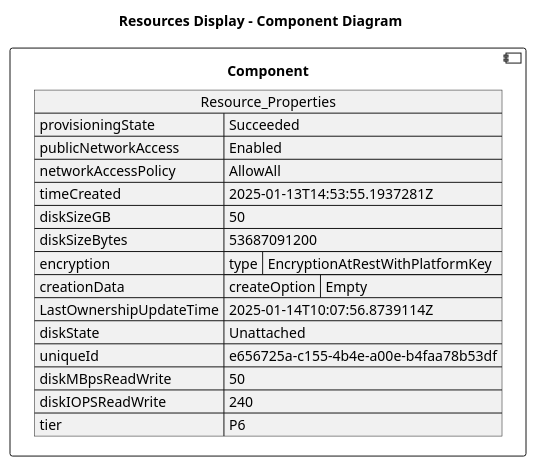
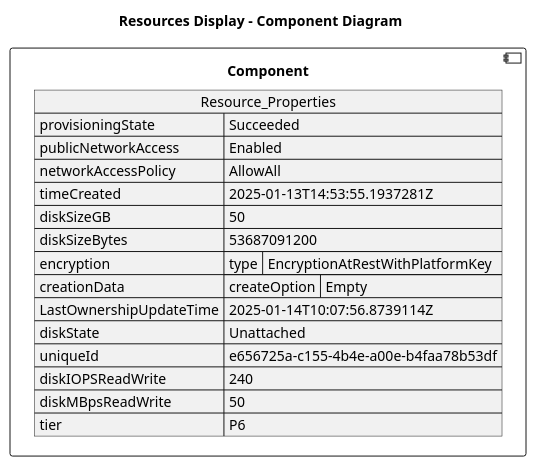
One commit to DanielAmpong/Test-Azure-architecture-diagram changed the diagram in architectureDesign/PUML/rg-audun_Resources/LinuxDataDisk.puml. Above: the diagram before and after it, drawn with PlantUML. The commit also changed other lines of this file and 762 other files, not shown here.

```diff
--- a/architectureDesign/PUML/rg-audun_Resources/LinuxDataDisk.puml
+++ b/architectureDesign/PUML/rg-audun_Resources/LinuxDataDisk.puml
@@ -1,28 +1,28 @@
 @startuml
 
 title Resources Display - Component Diagram
 
 component Component {
 
 json  Resource_Properties {
   "provisioningState": "Succeeded",
   "publicNetworkAccess": "Enabled",
   "networkAccessPolicy": "AllowAll",
   "timeCreated": "2025-01-13T14:53:55.1937281Z",
   "diskSizeGB": 50,
   "diskSizeBytes": 53687091200,
   "encryption": {
     "type": "EncryptionAtRestWithPlatformKey"
   },
   "creationData": {
     "createOption": "Empty"
   },
   "LastOwnershipUpdateTime": "2025-01-14T10:07:56.8739114Z",
   "diskState": "Unattached",
   "uniqueId": "e656725a-c155-4b4e-a00e-b4faa78b53df",
+  "diskIOPSReadWrite": 240,
   "diskMBpsReadWrite": 50,
-  "diskIOPSReadWrite": 240,
   "tier": "P6"
 }
 }
 @enduml
```
